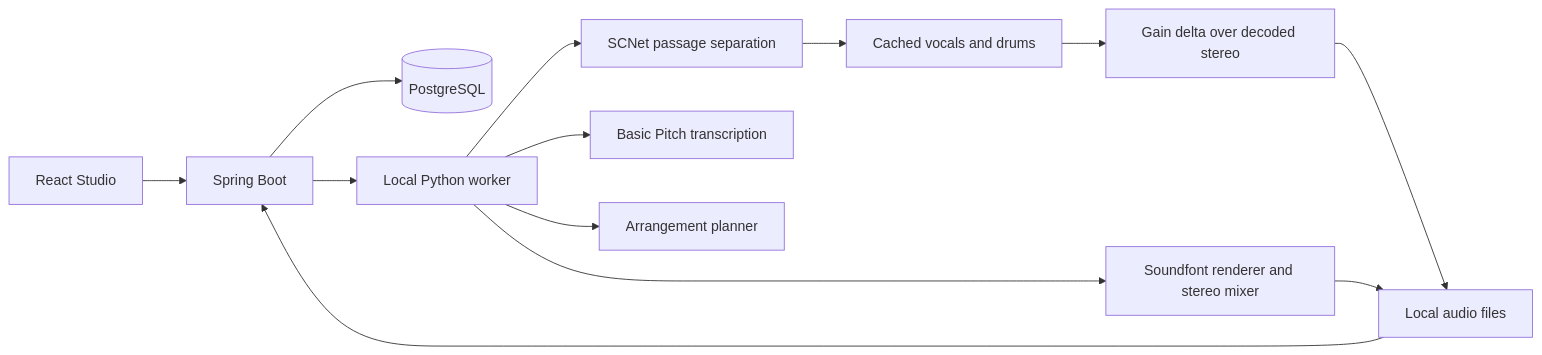
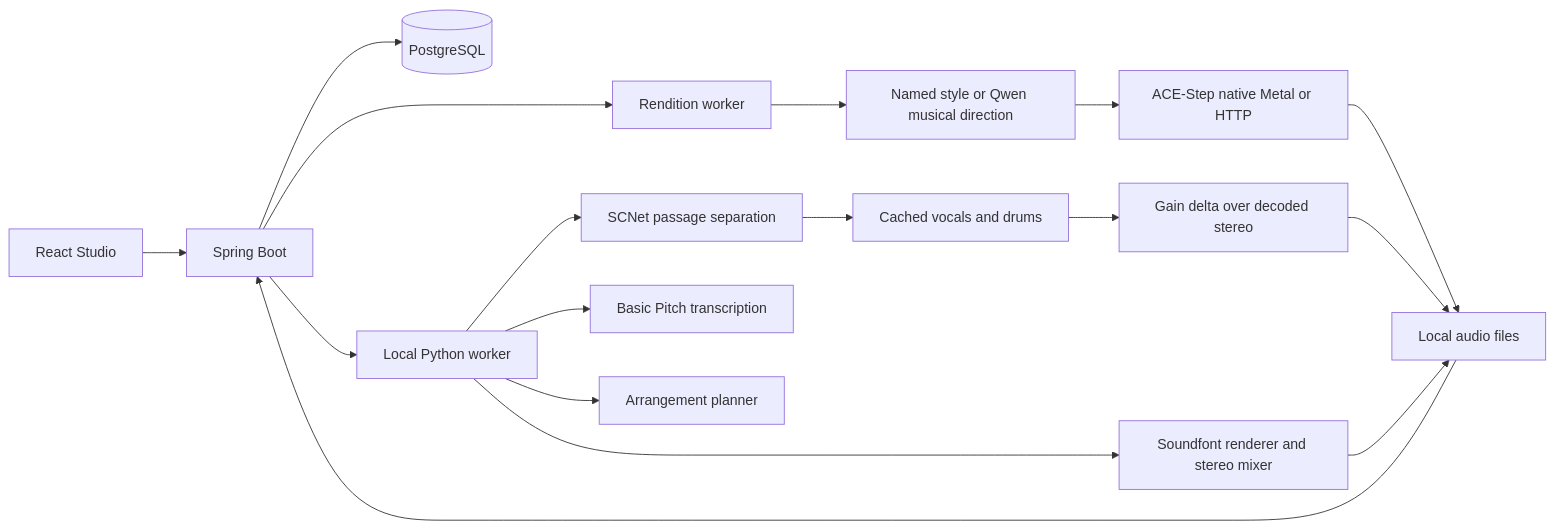
One commit to ogngnaoh/djound changed the diagram in guide/architecture.md. Above: the diagram before and after it, drawn with Mermaid. The commit also changed other lines of this file and 14 other files, not shown here.

````diff
--- a/guide/architecture.md
+++ b/guide/architecture.md
@@ -5,15 +5,19 @@
 ```mermaid
 flowchart LR
     Studio[React Studio] --> API[Spring Boot]
     API --> DB[(PostgreSQL)]
+    API --> Rendition[Rendition worker]
+    Rendition --> Caption[Named style or Qwen musical direction]
+    Caption --> ACE[ACE-Step native Metal or HTTP]
+    ACE --> Media[Local audio files]
     API --> Worker[Local Python worker]
     Worker --> SCNet[SCNet passage separation]
     SCNet --> Estimates[Cached vocals and drums]
     Estimates --> Delta[Gain delta over decoded stereo]
     Delta --> Media
     Worker --> Notes[Basic Pitch transcription]
     Worker --> Plan[Arrangement planner]
     Worker --> Render[Soundfont renderer and stereo mixer]
-    Render --> Media[Local audio files]
+    Render --> Media
     Media --> API
 ```
````
